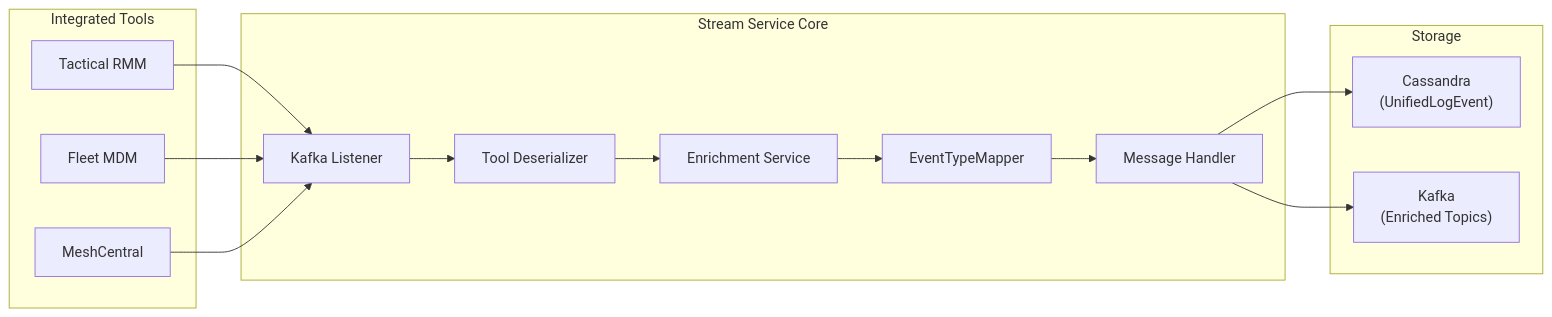
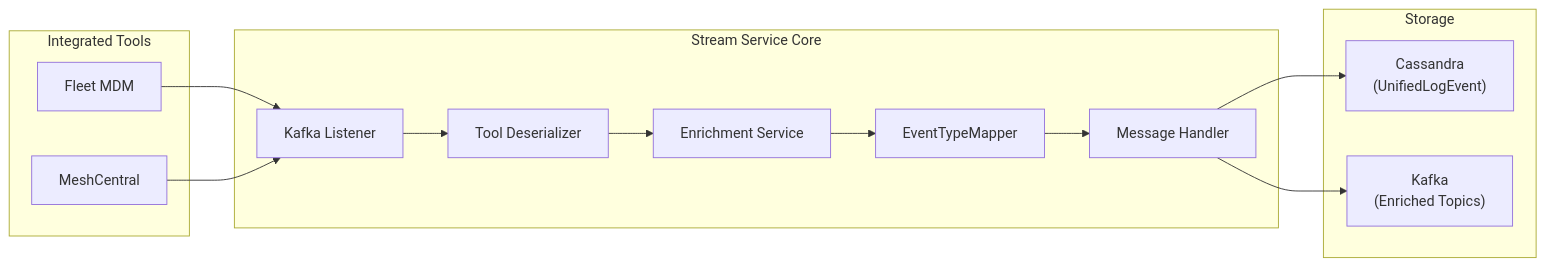
The fourth of 5 diagrams in docs/development/architecture/README.md (flamingo-stack/openframe-oss-lib), drawn with Mermaid before and after one commit. The commit also changed other lines of this file and 51 other files, not shown here.

````diff
--- a/docs/development/architecture/README.md
+++ b/docs/development/architecture/README.md
@@ -106,29 +105,27 @@
 ```mermaid
 flowchart LR
     subgraph Tools["Integrated Tools"]
-        T1["Tactical RMM"]
         T2["Fleet MDM"]
         T3["MeshCentral"]
     end
     subgraph Processing["Stream Service Core"]
         L["Kafka Listener"]
         D["Tool Deserializer"]
         E["Enrichment Service"]
         M["EventTypeMapper"]
         H["Message Handler"]
     end
     subgraph Storage["Storage"]
         C["Cassandra\n(UnifiedLogEvent)"]
         K["Kafka\n(Enriched Topics)"]
     end
 
-    T1 --> L
     T2 --> L
     T3 --> L
     L --> D
     D --> E
     E --> M
     M --> H
     H --> C
     H --> K
 ```
````
